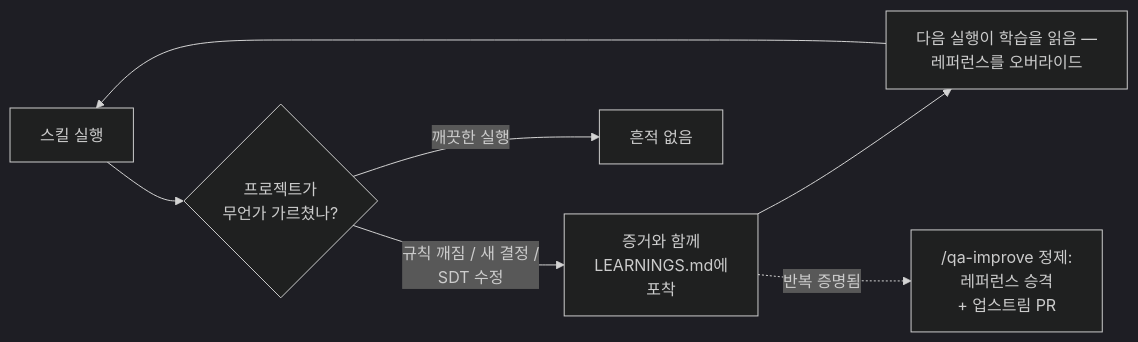
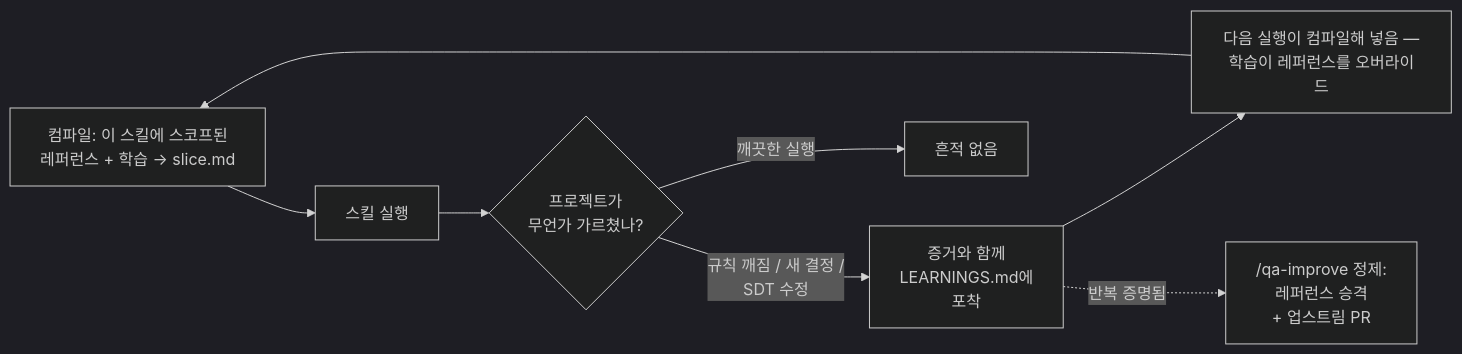
The diagram in README.md (TimothyHan/qa-buddy-skills), drawn with Mermaid (dark theme) before and after one commit. The commit also changed other lines of this file and 1 other file, not shown here.

Commit message:
docs(readme): 컨텍스트 컴파일러에 이름 붙은 자리 부여 + 다이어그램에 컴파일 단계 추가
README에 "컨텍스트 컴파일러"라는 말이 **0번** 등장했습니다. RFC 0001·PR0–PR6·
v0.5.0의 주제인데, 학습 레이어를 설명하는 150단어 문단 한가운데 종속절
하나("Every run starts by **compiling** …")로만 존재했고, 바로 위 mermaid
다이어그램에는 컴파일 단계 자체가 없었습니다. RFC 링크 제목도 "RFC 0001"이라
정작 이름(Context Compiler)을 말하지 않았습니다.

- 다이어그램: 컴파일 노드를 앞에 추가하고 루프가 그 노드로 닫히게 함
  (`E --> Z`) — 실제 런타임 순서와 일치합니다
- 뒤엉켜 있던 한 문단을 둘로 분리:
  **컨텍스트 컴파일러** — 스킬은 레퍼런스 전체를 열지 않는다; 스코프된 섹션과
  학습이 `slice.md` + 매니페스트로 컴파일되어 `.qa-reports/runs/<run>/`에
  남는다; 그래서 모델에 무엇이 도달했는지는 추측이 아니라 다시 읽을 수 있는
  산출물이다. 설계 링크를 "RFC 0001 — Context Compiler"로 제목까지 표기
  **학습 레이어** — LEARNINGS.md 생명주기, 포착 트리거, 로그·지문

분량은 거의 그대로입니다(한 문단을 둘로 나눈 것). RFC 0002는 여전히 Draft라
언급하지 않았습니다.

node build.js all (+ --locale ko), node test.js 1141 passed / 0 failed.

````diff
--- a/README.md
+++ b/README.md
@@ -248,9 +248,10 @@
 ```mermaid
 flowchart LR
-    A[스킬 실행] --> B{프로젝트가<br>무언가 가르쳤나?}
+    Z[컴파일: 이 스킬에 스코프된<br>레퍼런스 + 학습 → slice.md] --> A[스킬 실행]
+    A --> B{프로젝트가<br>무언가 가르쳤나?}
     B -- "규칙 깨짐 / 새 결정 /<br>SDT 수정" --> C[증거와 함께<br>LEARNINGS.md에<br>포착]
     B -- 깨끗한 실행 --> D[흔적 없음]
-    C --> E[다음 실행이 학습을 읽음 —<br>레퍼런스를 오버라이드]
-    E --> A
+    C --> E[다음 실행이 컴파일해 넣음 —<br>학습이 레퍼런스를 오버라이드]
+    E --> Z
     C -. 반복 증명됨 .-> F["/qa-improve 정제:<br>레퍼런스 승격<br>+ 업스트림 PR"]
 ```
````
